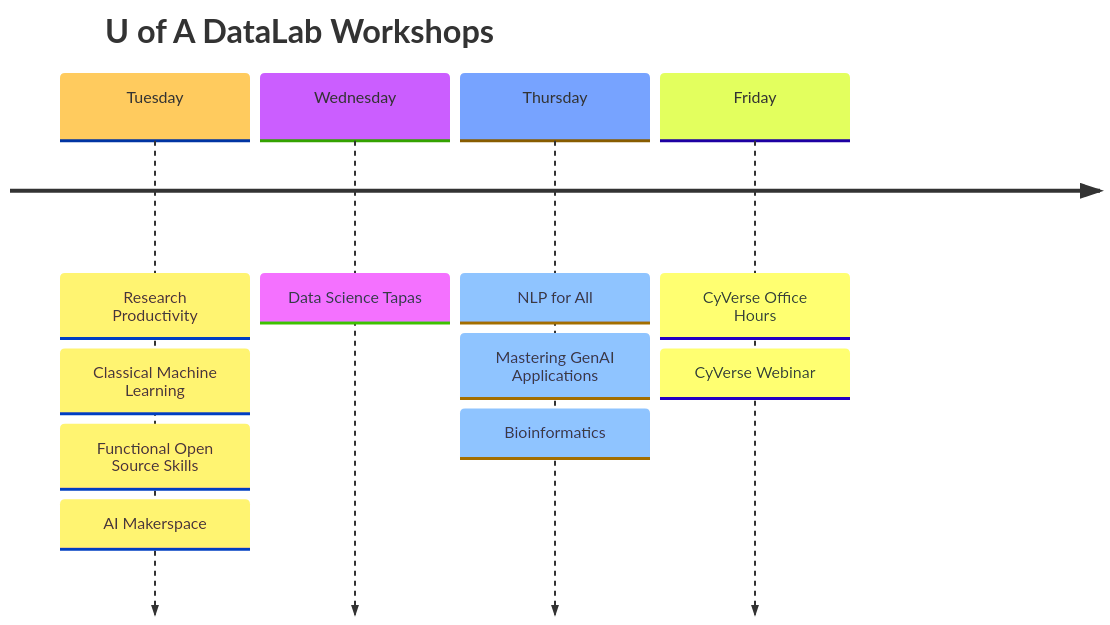
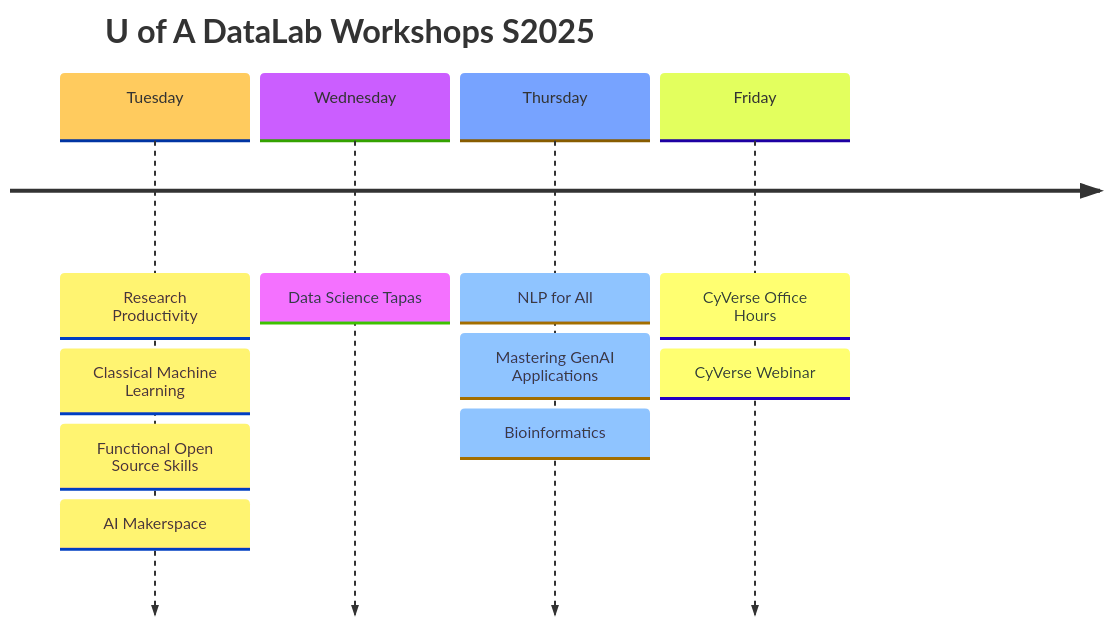
Before and after one commit to ua-datalab/ua-datalab.github.io: the diagram in docs/index.md, drawn with Mermaid. The commit also changed other lines of this file, not shown here.

````diff
--- a/docs/index.md
+++ b/docs/index.md
@@ -27,15 +29,15 @@
 ```mermaid
 %%{init: { 'logLevel': 'debug', 'theme': 'base' } }%%
 timeline
-    title U of A DataLab Workshops
+    title U of A DataLab Workshops S2025
     Tuesday : Research Productivity
     	    : Classical Machine Learning
 	    : Functional Open Source Skills
 	    : AI Makerspace 
     Wednesday : Data Science Tapas
     Thursday : NLP for All
     	     : Mastering GenAI Applications
     	     : Bioinformatics
     Friday : CyVerse Office Hours
     	   : CyVerse Webinar
 ```
````
